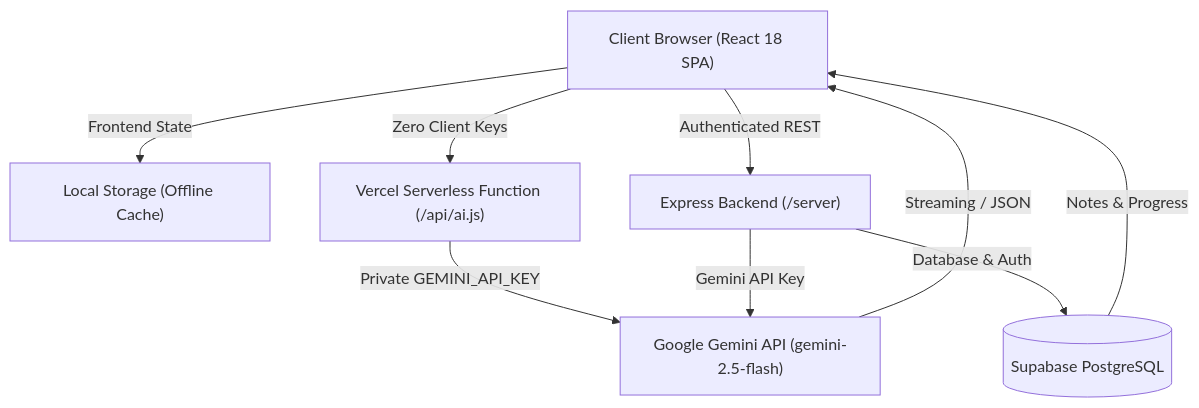
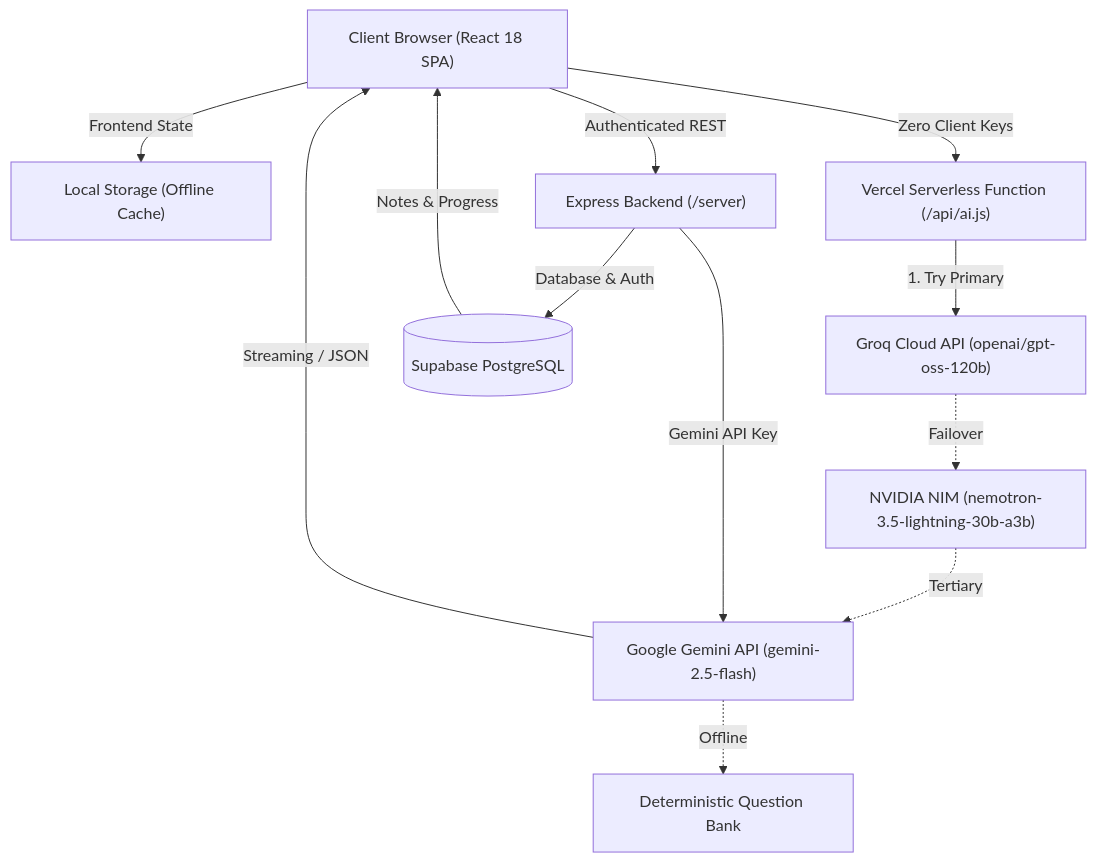
Before and after one commit to sahaya-savari/PrepMind: the diagram in README.md, drawn with Mermaid. The commit also changed other lines of this file and 8 other files, not shown here.

````diff
--- a/README.md
+++ b/README.md
@@ -66,13 +127,17 @@
 ```mermaid
 graph TD
     Client["Client Browser (React 18 SPA)"] -->|Frontend State| LS["Local Storage (Offline Cache)"]
     Client -->|Zero Client Keys| VercelAPI["Vercel Serverless Function (/api/ai.js)"]
     Client -->|Authenticated REST| ExpressAPI["Express Backend (/server)"]
     
-    VercelAPI -->|Private GEMINI_API_KEY| Gemini["Google Gemini API (gemini-2.5-flash)"]
+    VercelAPI -->|1. Try Primary| Groq["Groq Cloud API (openai/gpt-oss-120b)"]
+    Groq -.->|Failover| Nvidia["NVIDIA NIM (nemotron-3.5-lightning-30b-a3b)"]
+    Nvidia -.->|Tertiary| Gemini["Google Gemini API (gemini-2.5-flash)"]
+    Gemini -.->|Offline| OfflineBank["Deterministic Question Bank"]
+
     ExpressAPI -->|Gemini API Key| Gemini
     ExpressAPI -->|Database & Auth| Supabase[("Supabase PostgreSQL")]
 
     Gemini -->|Streaming / JSON| Client
     Supabase -->|Notes & Progress| Client
 ```
````
